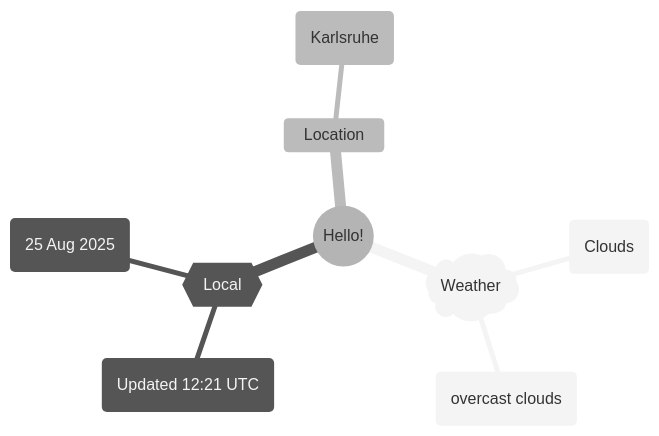
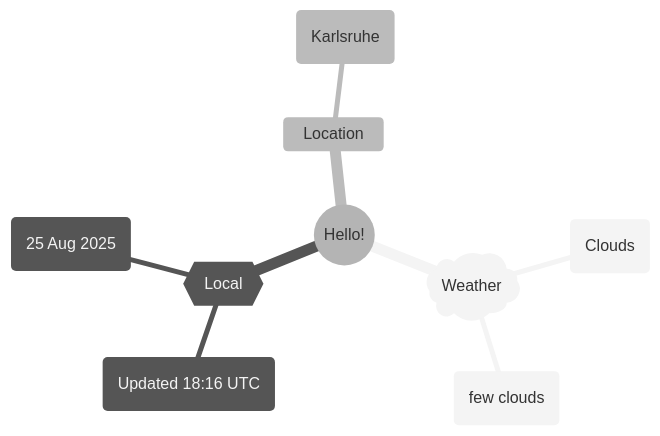
One commit to Xosrov/Xosrov changed the first of 2 diagrams in README.md. Above: the diagram before and after it, drawn with Mermaid (neutral theme).

Commit message:
[bot] updated images

````diff
--- a/README.md
+++ b/README.md
@@ -3,12 +3,12 @@
 ```mermaid
 mindmap
   root((Hello!))
     )Weather(
         (Clouds)
-        (overcast clouds)
+        (few clouds)
     {{Local}}
-        (Updated 12:21 UTC)
+        (Updated 18:16 UTC)
         (25 Aug 2025)
     Location
         (Karlsruhe)
 ```
````
